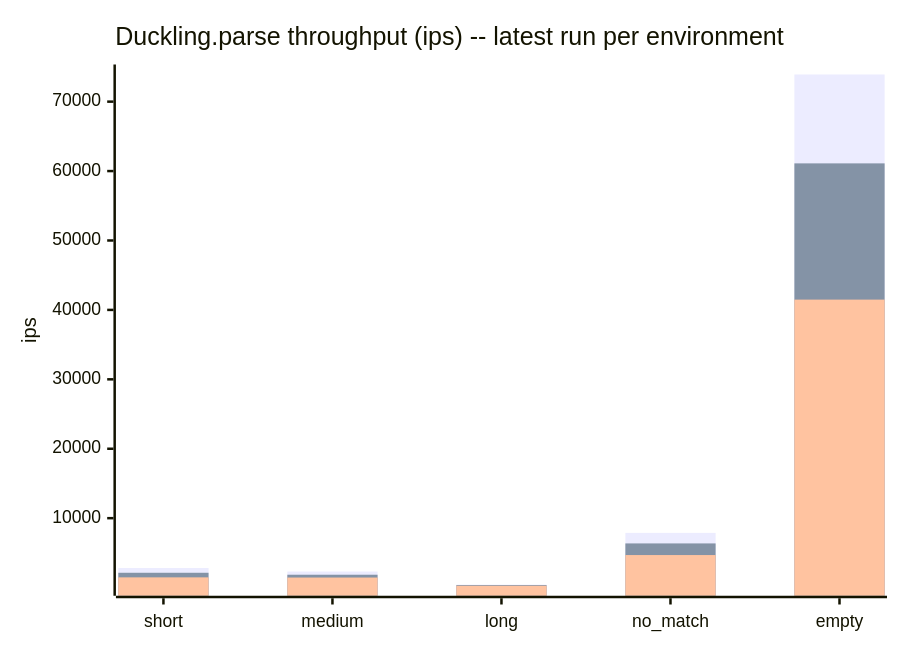
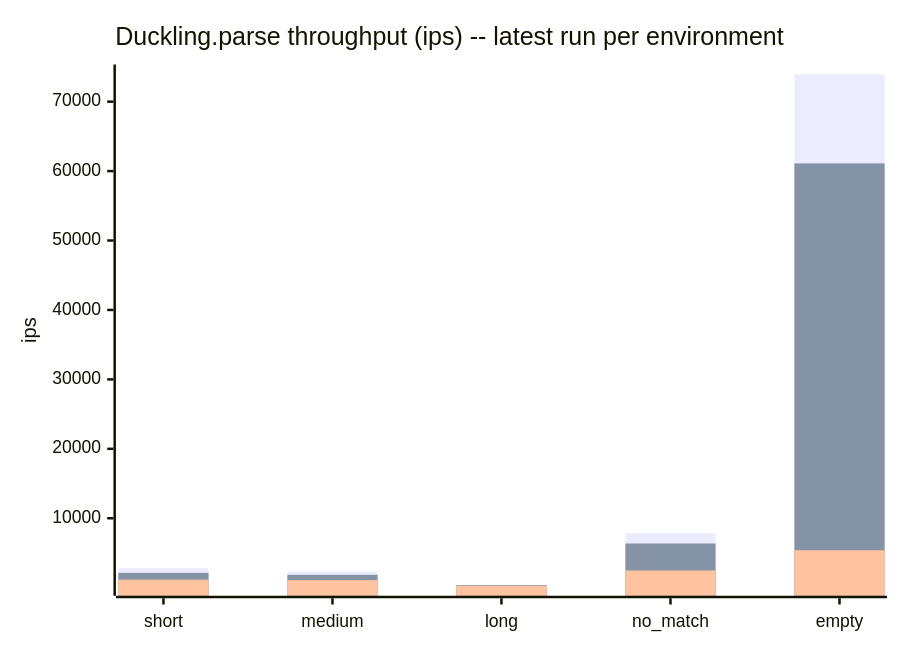
One commit to cpb/duckling changed the second of 3 diagrams in docs/benchmarks/README.md. Above: the diagram before and after it, drawn with Mermaid. The commit also changed other lines of this file and 1 other file, not shown here.

First line of the commit message:
Record local benchmark results for 0.2.0, exercising dispatch-mode comparison

````diff
--- a/docs/benchmarks/README.md
+++ b/docs/benchmarks/README.md
@@ -67,9 +89,9 @@
 ```mermaid
 xychart-beta
     title "Duckling.parse throughput (ips) -- latest run per environment"
     x-axis [short, medium, long, no_match, empty]
     y-axis "ips"
     bar "github-actions" [2820.1, 2314.0, 421.7, 7877.8, 73909.9]
     bar "claude-code-web" [2135.1, 1852.3, 366.0, 6362.9, 61108.3]
-    bar "local" [1474.4, 1448.1, 265.1, 4686.9, 41481.2]
+    bar "local" [1154.4, 1095.9, 279.2, 2477.0, 5396.2]
 ```
````
